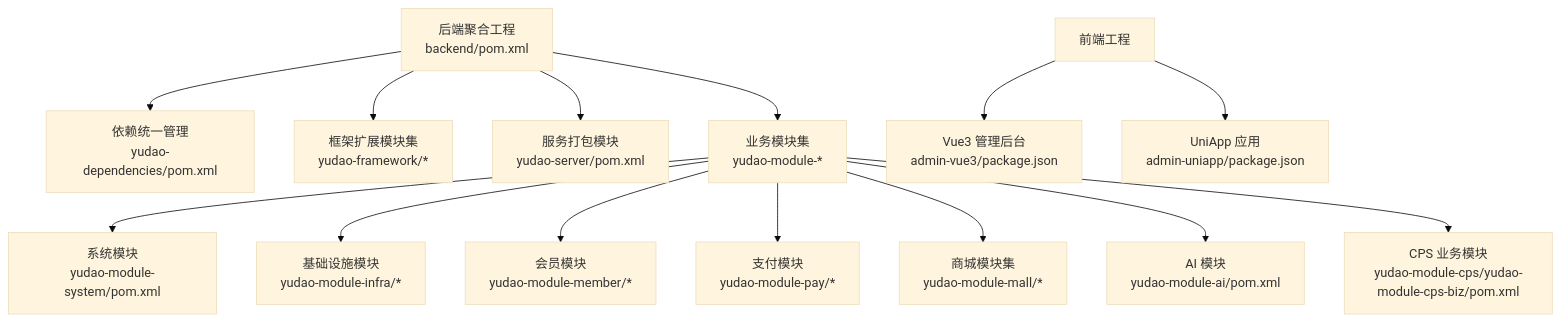
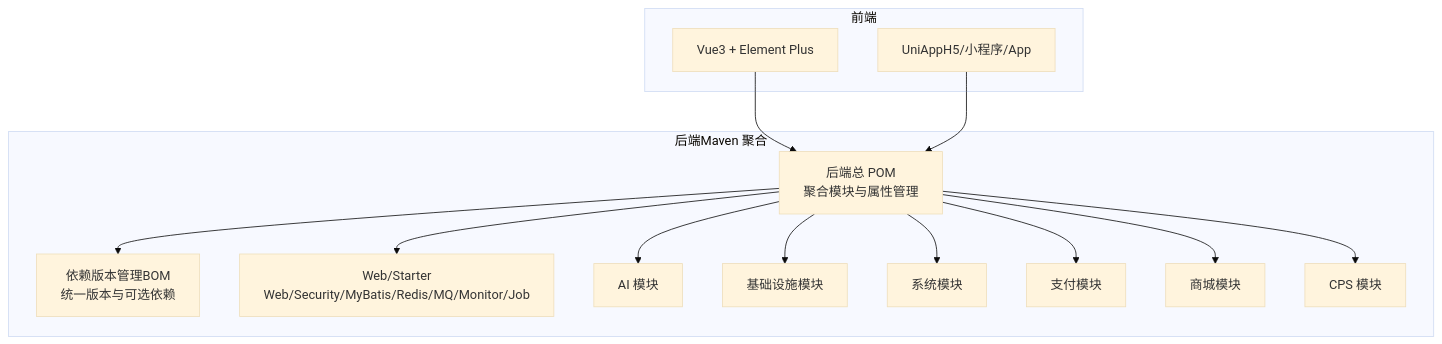
One commit to zhuangpengLI/AgenticCPS changed the first of 6 diagrams in .qoder/repowiki/zh/content/项目概述/技术栈概览.md. Above: the diagram before and after it, drawn with Mermaid (base theme). The commit also changed other lines of this file and 355 other files, not shown here.

````diff
--- a/.qoder/repowiki/zh/content/项目概述/技术栈概览.md
+++ b/.qoder/repowiki/zh/content/项目概述/技术栈概览.md
@@ -43,16 +40,28 @@
 ```mermaid
 graph TB
-Root["后端聚合工程<br/>backend/pom.xml"] --> Deps["依赖统一管理<br/>yudao-dependencies/pom.xml"]
-Root --> FW["框架扩展模块集<br/>yudao-framework/*"]
-Root --> Srv["服务打包模块<br/>yudao-server/pom.xml"]
-Root --> Mods["业务模块集<br/>yudao-module-*"]
-Mods --> Sys["系统模块<br/>yudao-module-system/pom.xml"]
-Mods --> Infra["基础设施模块<br/>yudao-module-infra/*"]
-Mods --> Member["会员模块<br/>yudao-module-member/*"]
-Mods --> Pay["支付模块<br/>yudao-module-pay/*"]
-Mods --> Mall["商城模块集<br/>yudao-module-mall/*"]
-Mods --> AI["AI 模块<br/>yudao-module-ai/pom.xml"]
-Mods --> CPSBiz["CPS 业务模块<br/>yudao-module-cps/yudao-module-cps-biz/pom.xml"]
-Front["前端工程"] --> VUE["Vue3 管理后台<br/>admin-vue3/package.json"]
-Front --> UNI["UniApp 应用<br/>admin-uniapp/package.json"]
+subgraph "后端Maven 聚合"
+POM["后端总 POM<br/>聚合模块与属性管理"]
+BOM["依赖版本管理BOM<br/>统一版本与可选依赖"]
+ST_WEB["Web/Starter<br/>Web/Security/MyBatis/Redis/MQ/Monitor/Job"]
+MOD_AI["AI 模块"]
+MOD_INFRA["基础设施模块"]
+MOD_SYS["系统模块"]
+MOD_PAY["支付模块"]
+MOD_MALL["商城模块"]
+MOD_CPS["CPS 模块"]
+end
+subgraph "前端"
+FE_VUE["Vue3 + Element Plus"]
+FE_UNI["UniAppH5/小程序/App"]
+end
+POM --> BOM
+POM --> ST_WEB
+POM --> MOD_AI
+POM --> MOD_INFRA
+POM --> MOD_SYS
+POM --> MOD_PAY
+POM --> MOD_MALL
+POM --> MOD_CPS
+FE_VUE --> POM
+FE_UNI --> POM
 ```
````
